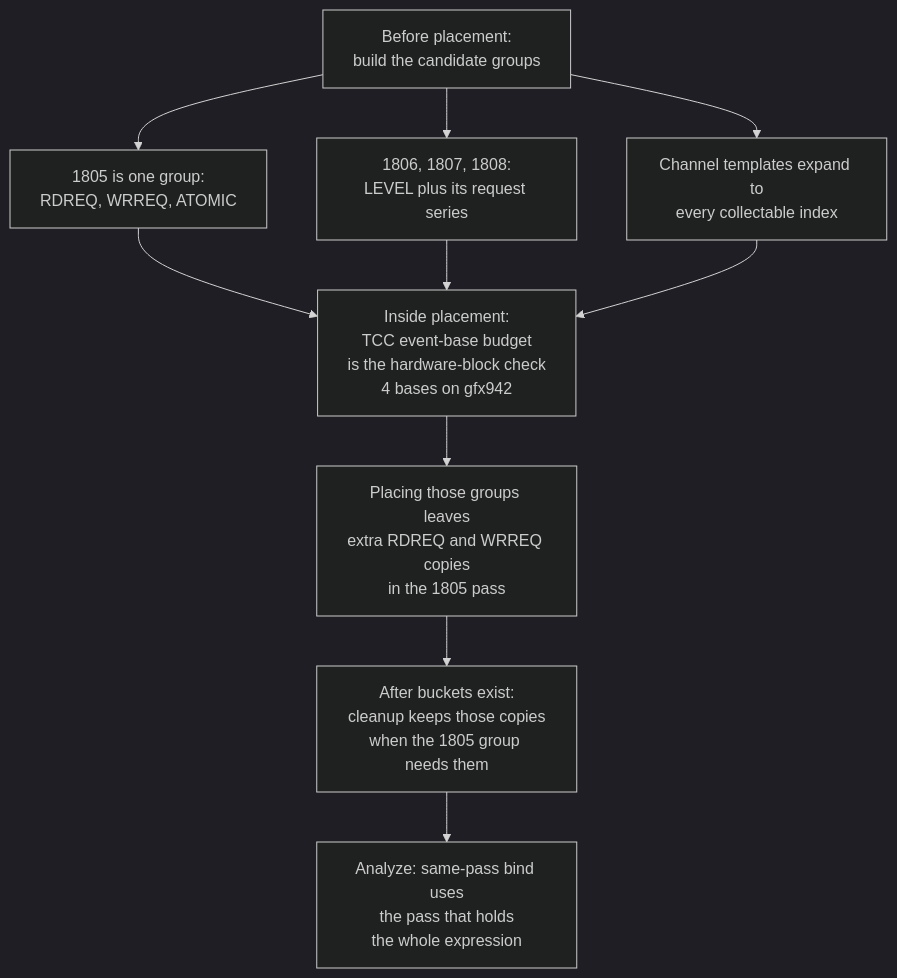
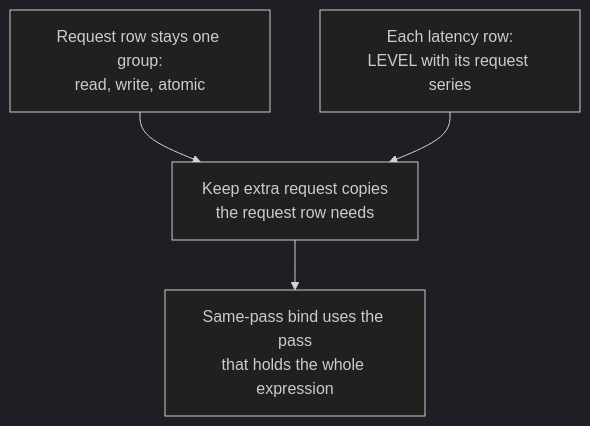
The second of 2 diagrams in projects/rocprofiler-compute/docs/single-pass_packable_and_unpackable/lld-metrics grouping algorithm.md (DeanTMaxim/rocm-systems), drawn with Mermaid (dark theme) before and after one commit. The commit also changed other lines of this file, not shown here.

First line of the commit message:
[rocprofiler-compute] Shorten the TCC affinity section

````diff
--- a/projects/rocprofiler-compute/docs/single-pass_packable_and_unpackable/lld-metrics grouping algorithm.md
+++ b/projects/rocprofiler-compute/docs/single-pass_packable_and_unpackable/lld-metrics grouping algorithm.md
@@ -127,14 +102,8 @@
 ```mermaid
 flowchart TD
-  B[Before placement:<br/>build the candidate groups]
-  B --> G[1805 is one group:<br/>RDREQ, WRREQ, ATOMIC]
-  B --> L[1806, 1807, 1808:<br/>LEVEL plus its request series]
-  B --> C[Channel templates expand to<br/>every collectable index]
-  G --> P
+  R[Request row stays one group:<br/>read, write, atomic]
+  L[Each latency row:<br/>LEVEL with its request series]
+  R --> P[Keep extra request copies<br/>the request row needs]
   L --> P
-  C --> P
-  P[Inside placement:<br/>TCC event-base budget<br/>is the hardware-block check<br/>4 bases on gfx942]
-  P --> R[Placing those groups leaves<br/>extra RDREQ and WRREQ copies<br/>in the 1805 pass]
-  R --> K[After buckets exist:<br/>cleanup keeps those copies<br/>when the 1805 group needs them]
-  K --> N[Analyze: same-pass bind uses<br/>the pass that holds<br/>the whole expression]
+  P --> B[Same-pass bind uses the pass<br/>that holds the whole expression]
 ```
````
